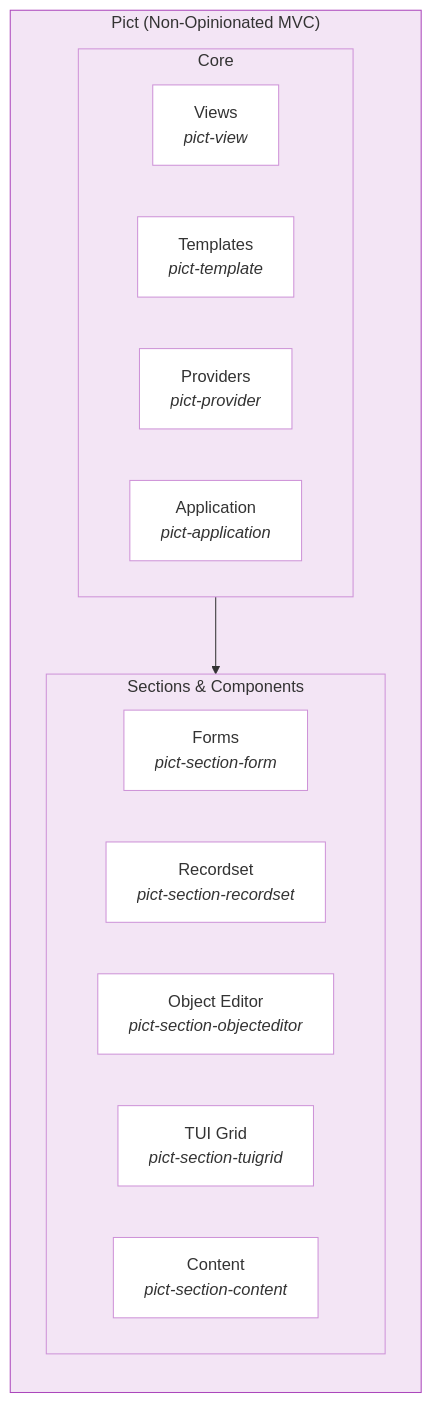
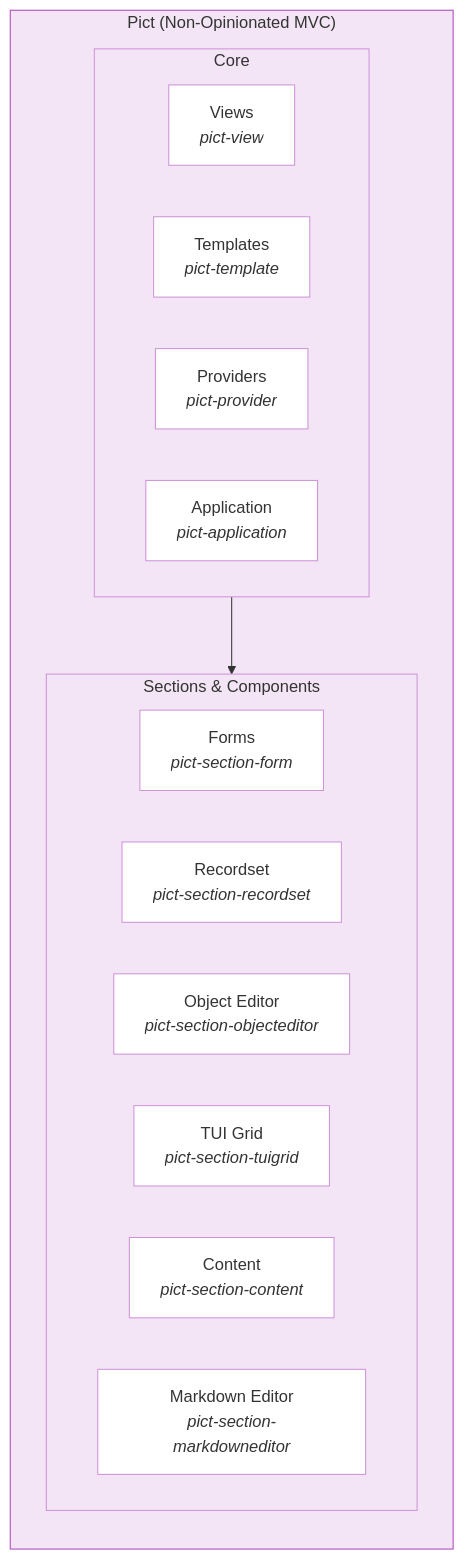
The sixth of 7 diagrams in docs/architecture/architecture.md (stevenvelozo/retold), drawn with Mermaid before and after one commit. The commit also changed 5 other files, not shown here.

````diff
--- a/docs/architecture/architecture.md
+++ b/docs/architecture/architecture.md
@@ -195,33 +195,35 @@
 ```mermaid
 graph TB
   subgraph Pict["Pict (Non-Opinionated MVC)"]
     direction TB
     subgraph Core["Core"]
       views["Views<br/><i>pict-view</i>"]
       templates["Templates<br/><i>pict-template</i>"]
       providers["Providers<br/><i>pict-provider</i>"]
       appfw["Application<br/><i>pict-application</i>"]
     end
     subgraph Sections["Sections & Components"]
       forms["Forms<br/><i>pict-section-form</i>"]
       recordset["Recordset<br/><i>pict-section-recordset</i>"]
       objecteditor["Object Editor<br/><i>pict-section-objecteditor</i>"]
       tuigrid["TUI Grid<br/><i>pict-section-tuigrid</i>"]
       content["Content<br/><i>pict-section-content</i>"]
+      mdeditor["Markdown Editor<br/><i>pict-section-markdowneditor</i>"]
     end
     Core --> Sections
   end
 
   style Pict fill:#f3e5f5,stroke:#ab47bc,color:#333
   style Core fill:#f3e5f5,stroke:#ce93d8,color:#333
   style Sections fill:#f3e5f5,stroke:#ce93d8,color:#333
   style views fill:#fff,stroke:#ce93d8,color:#333
   style templates fill:#fff,stroke:#ce93d8,color:#333
   style providers fill:#fff,stroke:#ce93d8,color:#333
   style appfw fill:#fff,stroke:#ce93d8,color:#333
   style forms fill:#fff,stroke:#ce93d8,color:#333
   style recordset fill:#fff,stroke:#ce93d8,color:#333
   style objecteditor fill:#fff,stroke:#ce93d8,color:#333
   style tuigrid fill:#fff,stroke:#ce93d8,color:#333
   style content fill:#fff,stroke:#ce93d8,color:#333
+  style mdeditor fill:#fff,stroke:#ce93d8,color:#333
 ```
````
